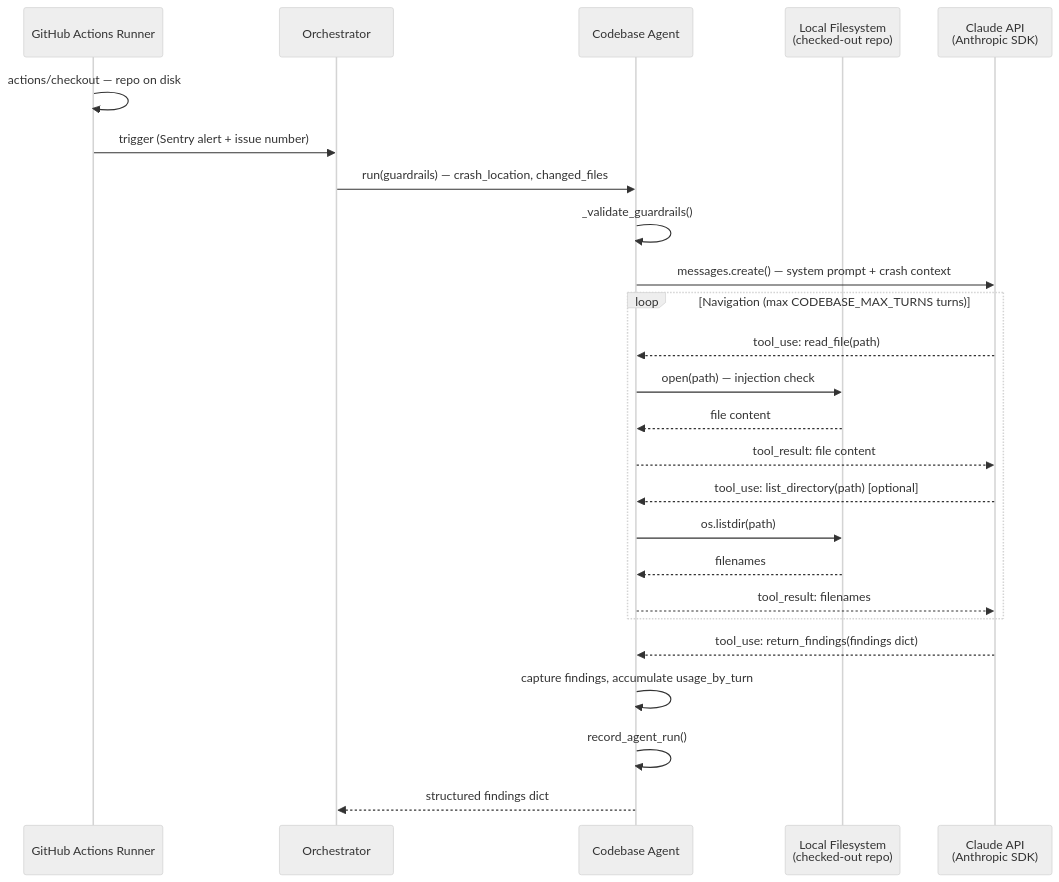
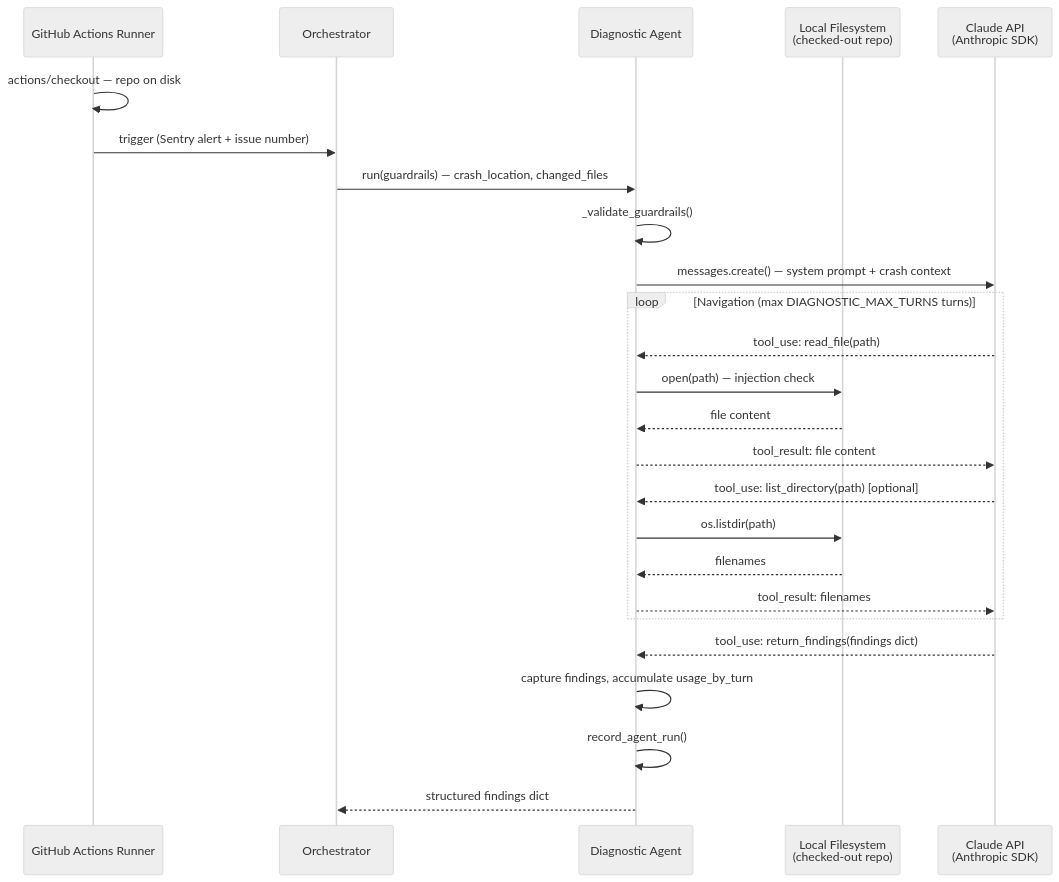
The diagram in agents/specs/d5_codebase_agent.md (vikasparth/restaurant-main), drawn with Mermaid (neutral theme) before and after one commit. The commit also changed other lines of this file and 14 other files, not shown here.

First line of the commit message:
refactor(docs): rename Codebase Agent → Diagnostic Agent, Recommendation Agent → Coding Agent

````diff
--- a/agents/specs/d5_codebase_agent.md
+++ b/agents/specs/d5_codebase_agent.md
@@ -23,30 +23,30 @@
 ```mermaid
 sequenceDiagram
     participant GHA as GitHub Actions Runner
     participant Orch as Orchestrator
-    participant Agent as Codebase Agent
+    participant Agent as Diagnostic Agent
     participant FS as Local Filesystem<br/>(checked-out repo)
     participant Claude as Claude API<br/>(Anthropic SDK)
 
     GHA->>GHA: actions/checkout — repo on disk
     GHA->>Orch: trigger (Sentry alert + issue number)
     Orch->>Agent: run(guardrails) — crash_location, changed_files
     Agent->>Agent: _validate_guardrails()
     Agent->>Claude: messages.create() — system prompt + crash context
 
-    loop Navigation (max CODEBASE_MAX_TURNS turns)
+    loop Navigation (max DIAGNOSTIC_MAX_TURNS turns)
         Claude-->>Agent: tool_use: read_file(path)
         Agent->>FS: open(path) — injection check
         FS-->>Agent: file content
         Agent-->>Claude: tool_result: file content
         Claude-->>Agent: tool_use: list_directory(path) [optional]
         Agent->>FS: os.listdir(path)
         FS-->>Agent: filenames
         Agent-->>Claude: tool_result: filenames
     end
 
     Claude-->>Agent: tool_use: return_findings(findings dict)
     Agent->>Agent: capture findings, accumulate usage_by_turn
     Agent->>Agent: record_agent_run()
     Agent-->>Orch: structured findings dict
 ```
````
